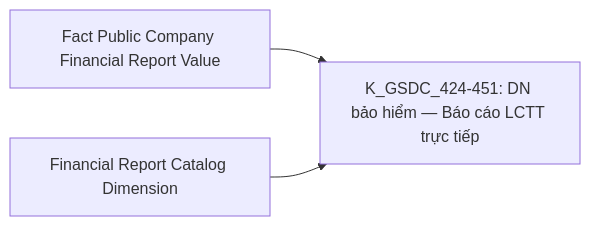
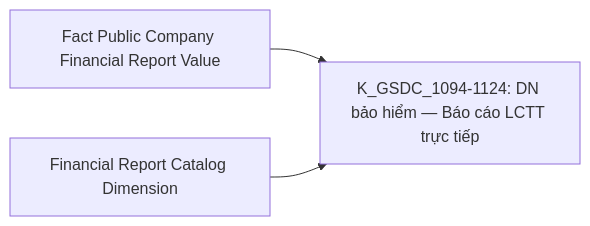
Before and after one commit to linhlvit/ubck_atomic_design: diagram 41 of 55 in Datamart/hld/DTM_GSDC_HLD.md, drawn with Mermaid. The commit also changed other lines of this file and 2 other files, not shown here.

Commit message:
update GSDC

````diff
--- a/Datamart/hld/DTM_GSDC_HLD.md
+++ b/Datamart/hld/DTM_GSDC_HLD.md
@@ -2198,5 +2208,5 @@
 ```mermaid
 flowchart LR
-    fct_pc_fr_val_g25["Fact Public Company Financial Report Value"] --> R25["K_GSDC_424-451: DN bảo hiểm — Báo cáo LCTT trực tiếp"]
+    fct_pc_fr_val_g25["Fact Public Company Financial Report Value"] --> R25["K_GSDC_1094-1124: DN bảo hiểm — Báo cáo LCTT trực tiếp"]
     financial_rpt_catalog_dim_g25["Financial Report Catalog Dimension"] --> R25
 ```
````
